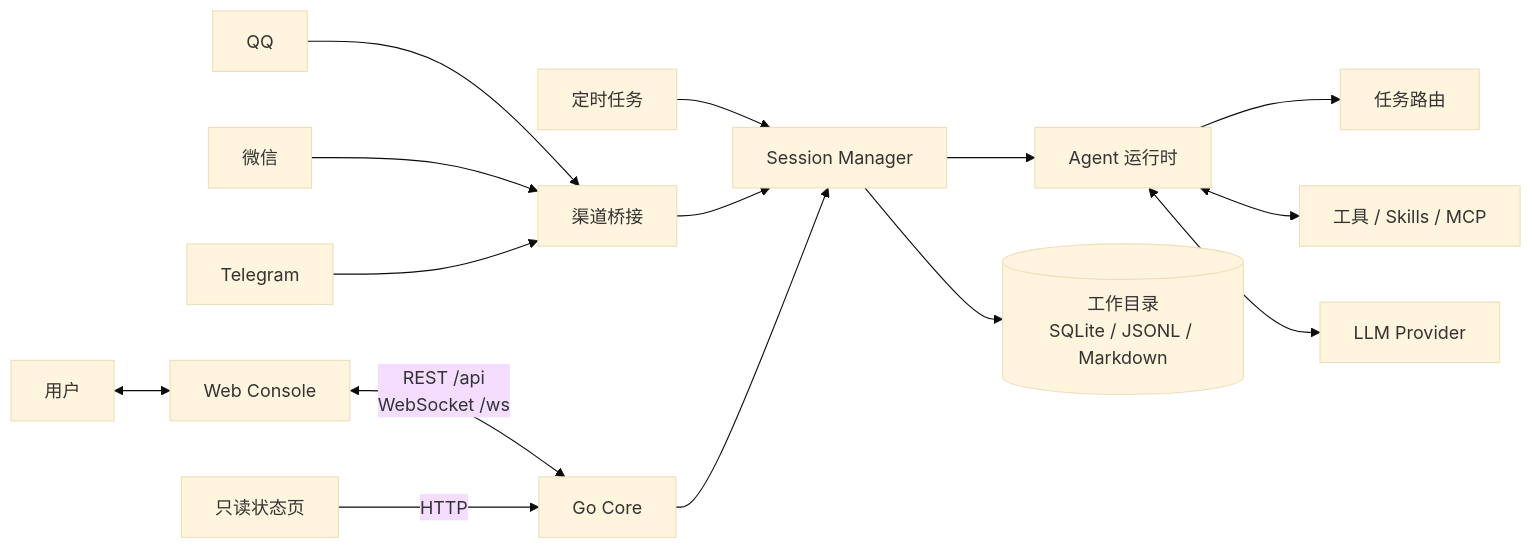
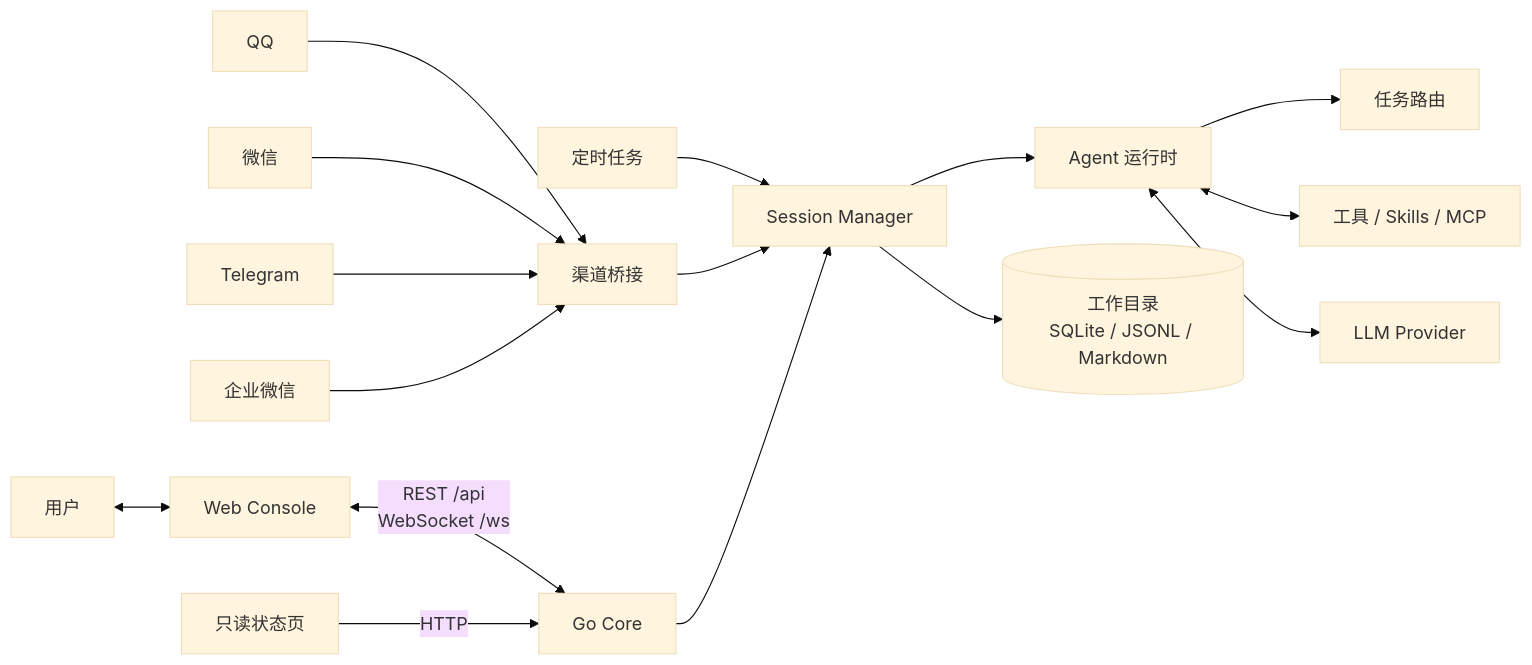
Before and after one commit to Fize/soloQueue: the first of 2 diagrams in docs/zh/architecture.md, drawn with Mermaid (base theme). The commit also changed other lines of this file and 37 other files, not shown here.

````diff
--- a/docs/zh/architecture.md
+++ b/docs/zh/architecture.md
@@ -11,17 +11,18 @@
 ```mermaid
 flowchart LR
   User[用户] <--> Web[Web Console]
   Web <-->|REST /api<br/>WebSocket /ws| Core[Go Core]
   Status[只读状态页] -->|HTTP| Core
   QQ[QQ] --> Bridge[渠道桥接]
   WeChat[微信] --> Bridge
   Telegram[Telegram] --> Bridge
+  WeCom[企业微信] --> Bridge
   Cron[定时任务] --> Sessions[Session Manager]
   Bridge --> Sessions
   Core --> Sessions
   Sessions --> Agent[Agent 运行时]
   Agent --> Router[任务路由]
   Agent <--> Tools[工具 / Skills / MCP]
   Agent <--> LLM[LLM Provider]
   Sessions --> Data[(工作目录<br/>SQLite / JSONL / Markdown)]
 ```
````
